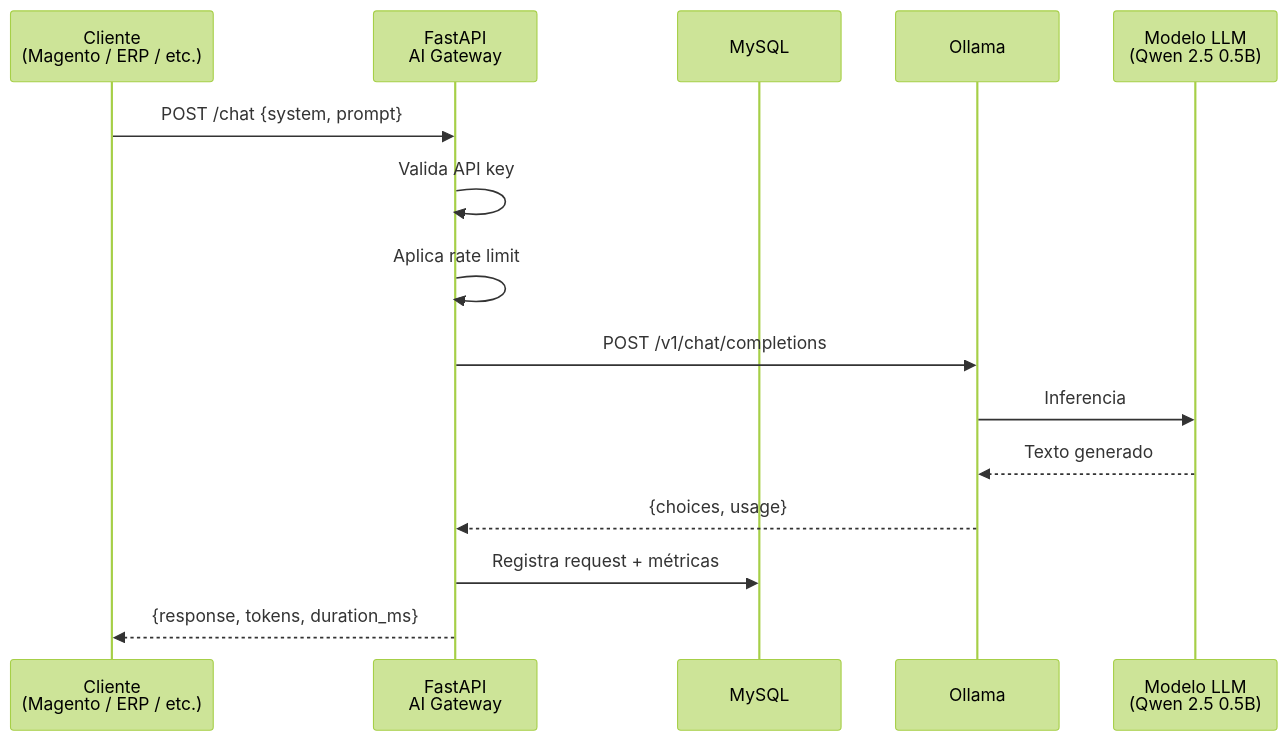
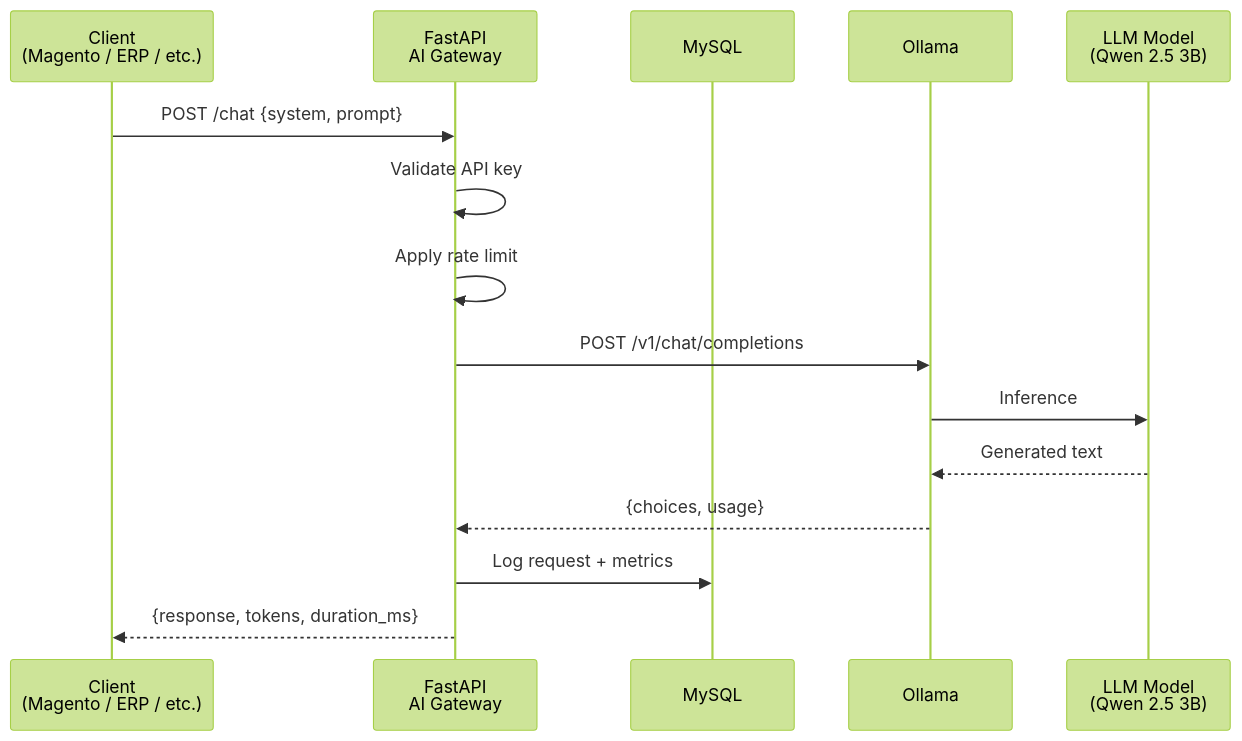
Before and after one commit to martinartaza/ai_gateway: the diagram in README.md, drawn with Mermaid (forest theme). The commit also changed other lines of this file and 5 other files, not shown here.

````diff
--- a/README.md
+++ b/README.md
@@ -7,18 +10,18 @@
 ```mermaid
 sequenceDiagram
-    participant C as Cliente<br/>(Magento / ERP / etc.)
+    participant C as Client<br/>(Magento / ERP / etc.)
     participant G as FastAPI<br/>AI Gateway
     participant DB as MySQL
     participant O as Ollama
-    participant M as Modelo LLM<br/>(Qwen 2.5 0.5B)
+    participant M as LLM Model<br/>(Qwen 2.5 3B)
 
     C->>G: POST /chat {system, prompt}
-    G->>G: Valida API key
-    G->>G: Aplica rate limit
+    G->>G: Validate API key
+    G->>G: Apply rate limit
     G->>O: POST /v1/chat/completions
-    O->>M: Inferencia
-    M-->>O: Texto generado
+    O->>M: Inference
+    M-->>O: Generated text
     O-->>G: {choices, usage}
-    G->>DB: Registra request + métricas
+    G->>DB: Log request + metrics
     G-->>C: {response, tokens, duration_ms}
 ```
````
